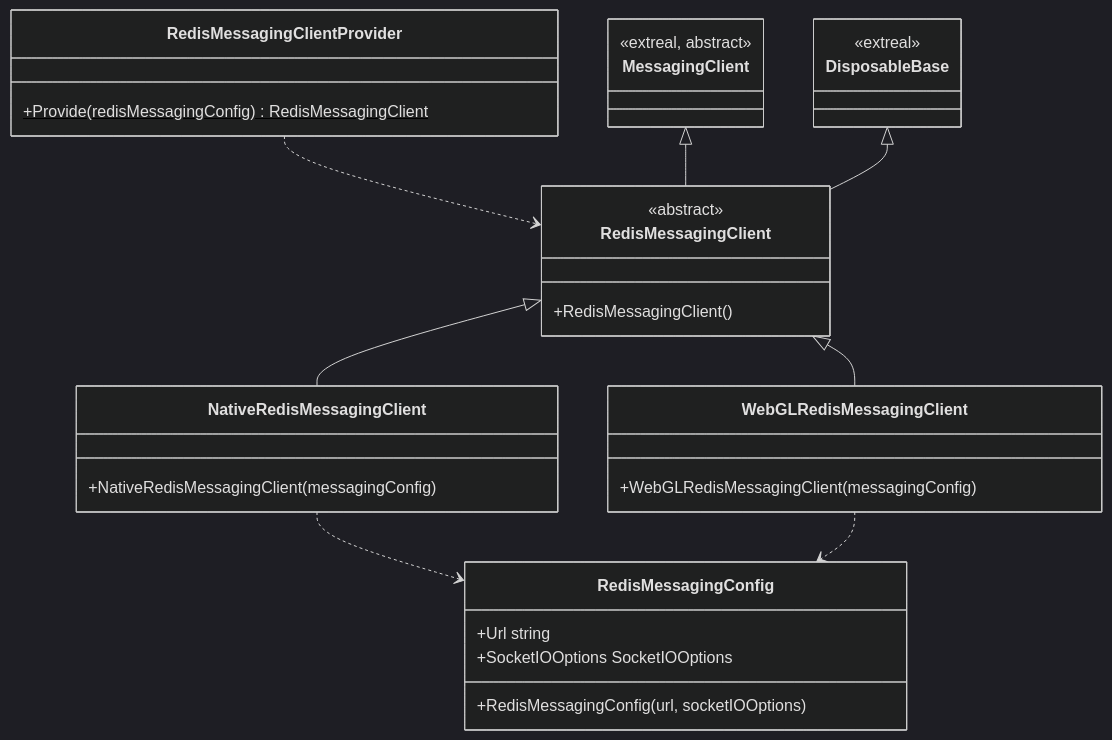
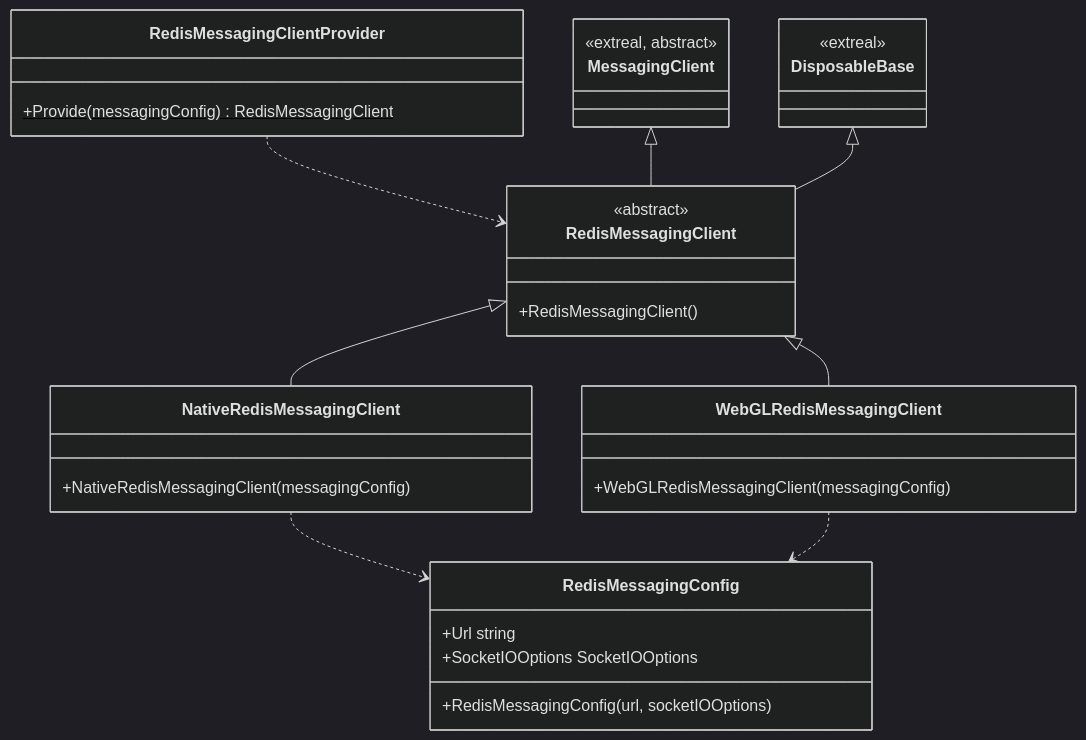
One commit to extreal-dev/Extreal.Guide changed the second of 3 diagrams in docs/integration/messaging.md. Above: the diagram before and after it, drawn with Mermaid (dark theme). The commit also changed other lines of this file, not shown here.

````diff
--- a/docs/integration/messaging.md
+++ b/docs/integration/messaging.md
@@ -95,42 +95,42 @@
 ```mermaid
 classDiagram
     RedisMessagingClientProvider ..> RedisMessagingClient
     RedisMessagingClient <|-- NativeRedisMessagingClient
     RedisMessagingClient <|-- WebGLRedisMessagingClient
     NativeRedisMessagingClient ..> RedisMessagingConfig
     WebGLRedisMessagingClient ..> RedisMessagingConfig
     MessagingClient <|-- RedisMessagingClient
     DisposableBase <|-- RedisMessagingClient
 
     class RedisMessagingClientProvider {
-        +Provide(redisMessagingConfig)$ RedisMessagingClient
+        +Provide(messagingConfig)$ RedisMessagingClient
     }
     
     class RedisMessagingClient {
         <<abstract>>
         +RedisMessagingClient()
     }
     
     class RedisMessagingConfig {
         +Url string
         +SocketIOOptions SocketIOOptions
         
         +RedisMessagingConfig(url, socketIOOptions)
     }
     
     class NativeRedisMessagingClient {
         +NativeRedisMessagingClient(messagingConfig) 
     }
     
     class WebGLRedisMessagingClient {
         +WebGLRedisMessagingClient(messagingConfig)
     }
 
     class MessagingClient {
         <<extreal, abstract>>
     }
 
     class DisposableBase {
         <<extreal>>
     }
 ```
````
